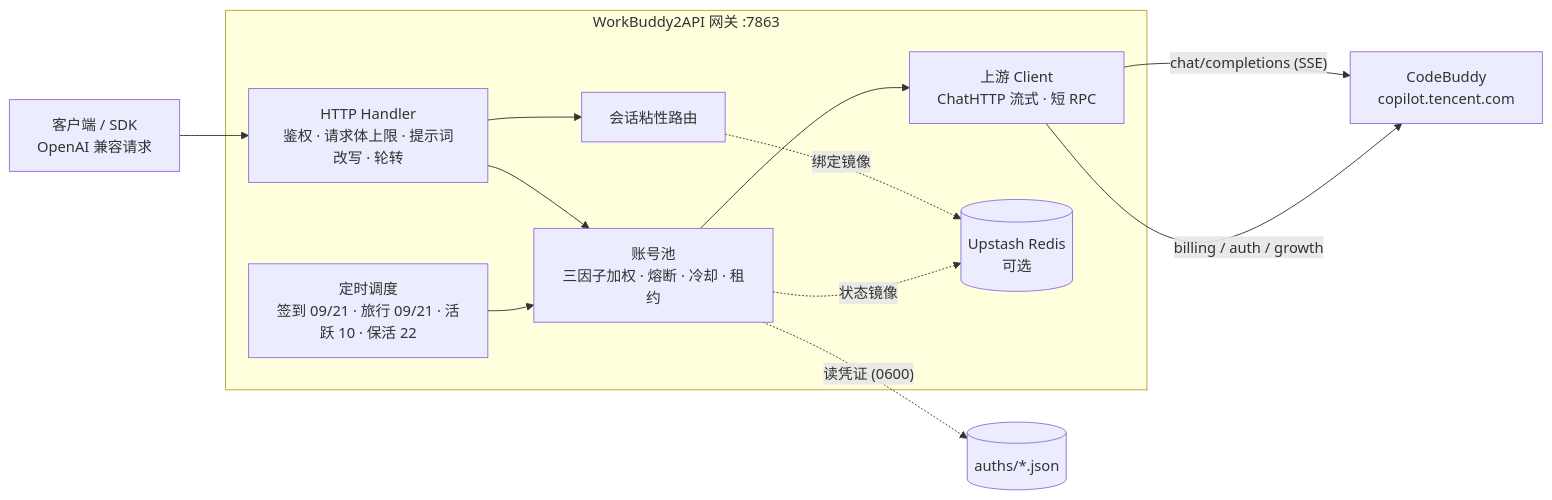
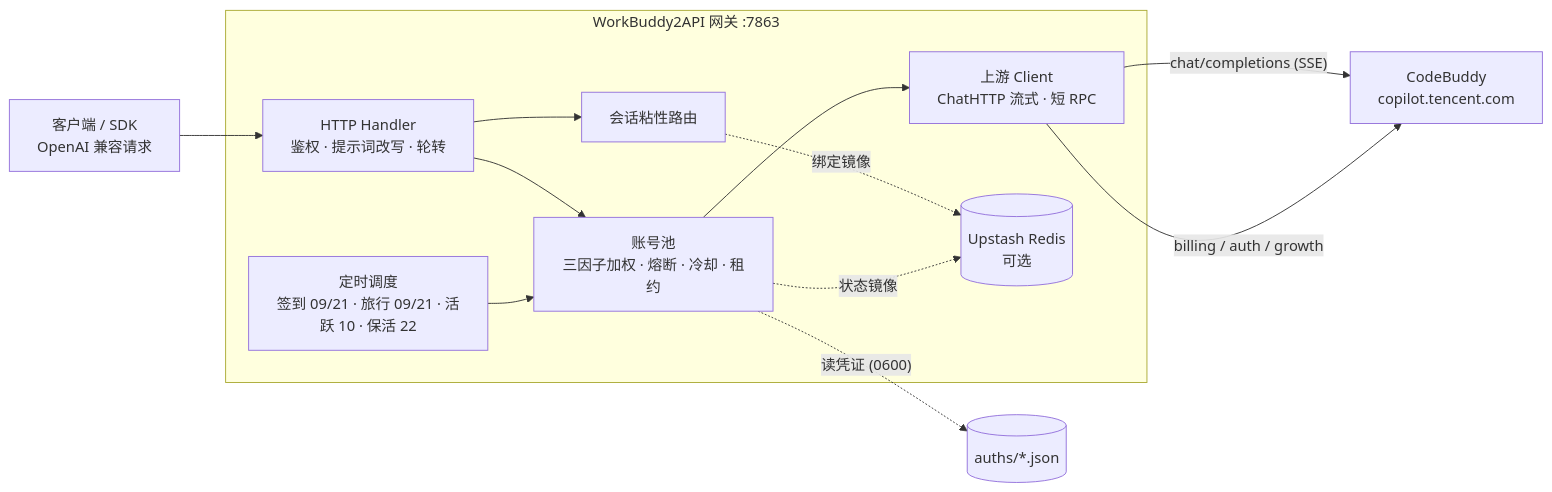
One commit to ptrel1/workbuddy2api-panel changed the diagram in README.md. Above: the diagram before and after it, drawn with Mermaid. The commit also changed other lines of this file and 8 other files, not shown here.

````diff
--- a/README.md
+++ b/README.md
@@ -170,18 +170,18 @@
 ```mermaid
 flowchart LR
     Client["客户端 / SDK\nOpenAI 兼容请求"] --> H
 
     subgraph GWI["WorkBuddy2API 网关 :7863"]
-        H["HTTP Handler\n鉴权 · 请求体上限 · 提示词改写 · 轮转"] --> P
+        H["HTTP Handler\n鉴权 · 提示词改写 · 轮转"] --> P
         H --> S
         P["账号池\n三因子加权 · 熔断 · 冷却 · 租约"] --> U
         S["会话粘性路由"] -.绑定镜像.-> REDIS
         T["定时调度\n签到 09/21 · 旅行 09/21 · 活跃 10 · 保活 22"] --> P
         U["上游 Client\nChatHTTP 流式 · 短 RPC"]
     end
 
     P -. "读凭证 (0600)" .-> AUTH[("auths/*.json")]
     P -. "状态镜像" .-> REDIS[("Upstash Redis\n可选")]
     U -->|"chat/completions (SSE)"| CB["CodeBuddy\ncopilot.tencent.com"]
     U -->|"billing / auth / growth"| CB
 ```
````
